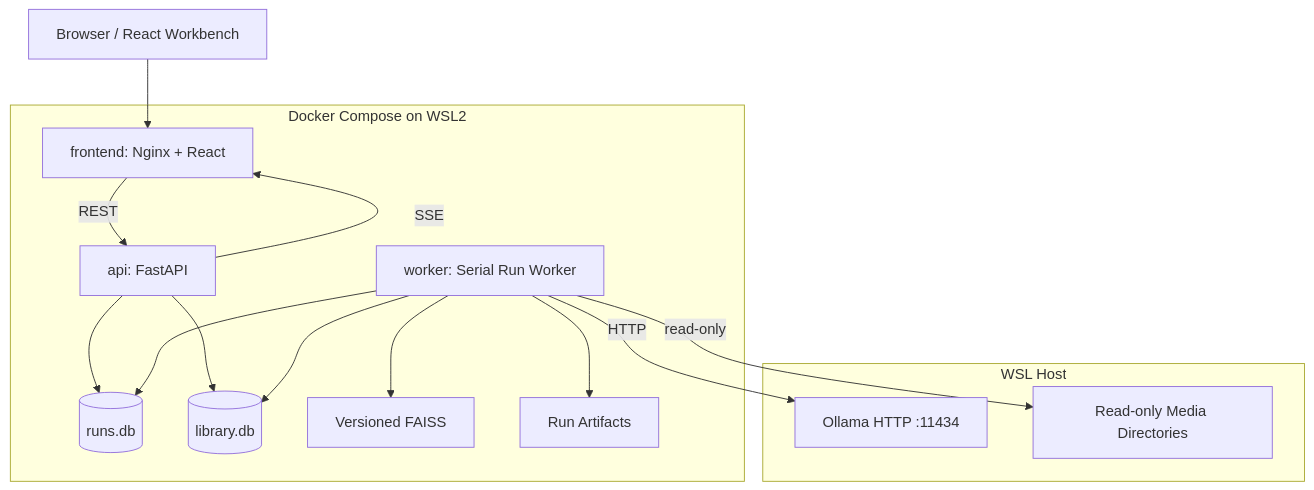
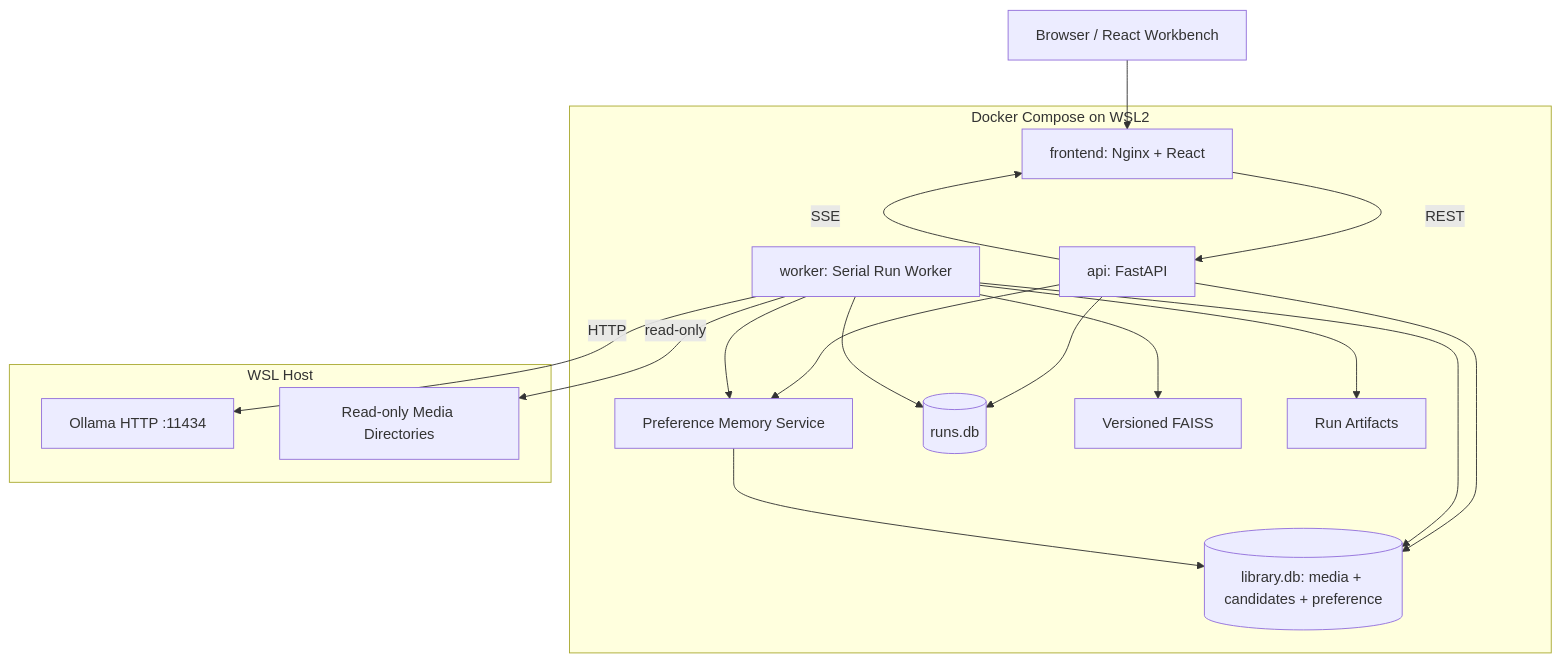
Before and after one commit to qwer1234-cloud/GifAgent: the first of 4 diagrams in docs/superpowers/specs/2026-06-18-rag-observability-workbench-design.md, drawn with Mermaid. The commit also changed other lines of this file, not shown here.

Commit message:
docs: unify RAG visualization and preference memory

````diff
--- a/docs/superpowers/specs/2026-06-18-rag-observability-workbench-design.md
+++ b/docs/superpowers/specs/2026-06-18-rag-observability-workbench-design.md
@@ -73,31 +87,35 @@
 ```mermaid
 flowchart TB
     Browser["Browser / React Workbench"]
 
     subgraph Compose["Docker Compose on WSL2"]
         Frontend["frontend: Nginx + React"]
         API["api: FastAPI"]
         Worker["worker: Serial Run Worker"]
+        Preference["Preference Memory Service"]
         RunDB[("runs.db")]
-        LibraryDB[("library.db")]
+        LibraryDB[("library.db: media + candidates + preference")]
         Index["Versioned FAISS"]
         Artifacts["Run Artifacts"]
     end
 
     subgraph Host["WSL Host"]
         Ollama["Ollama HTTP :11434"]
         Media["Read-only Media Directories"]
     end
 
     Browser --> Frontend
     Frontend -->|REST| API
     API -->|SSE| Frontend
     API --> RunDB
     API --> LibraryDB
+    API --> Preference
     Worker --> RunDB
     Worker --> LibraryDB
+    Worker --> Preference
+    Preference --> LibraryDB
     Worker --> Index
     Worker --> Artifacts
     Worker -->|HTTP| Ollama
     Worker -->|read-only| Media
 ```
````
